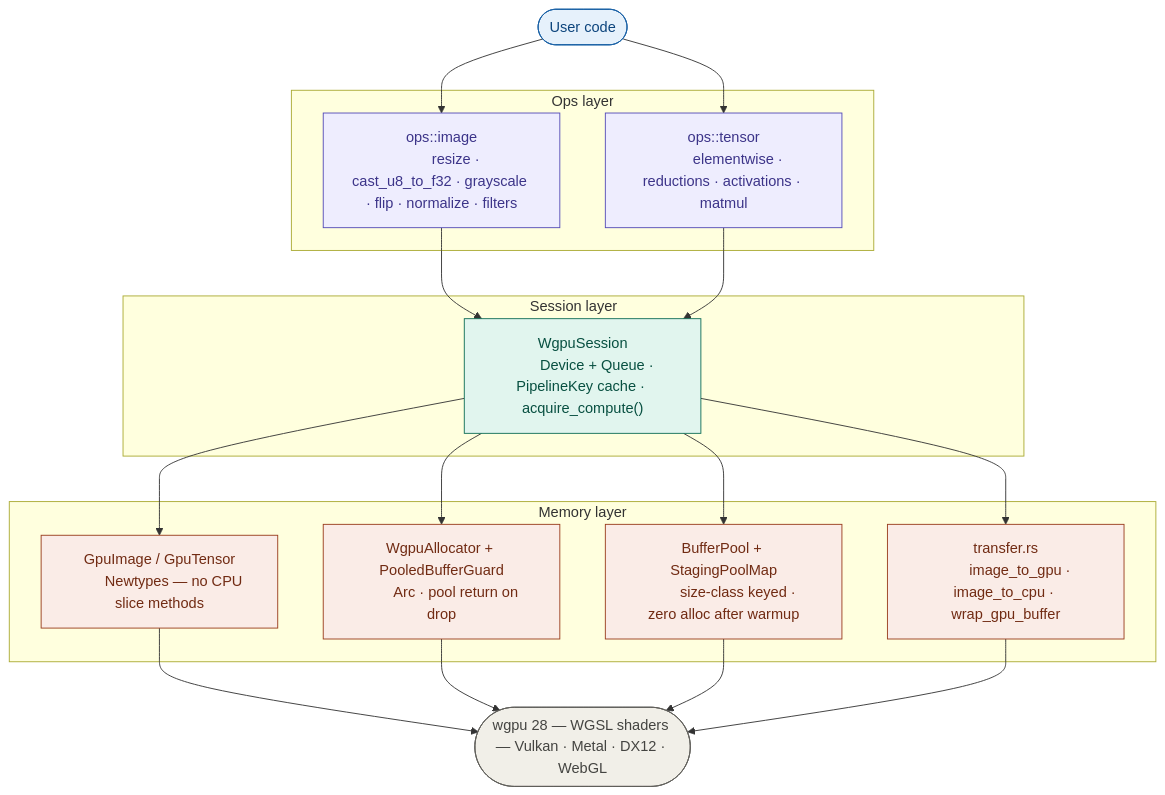
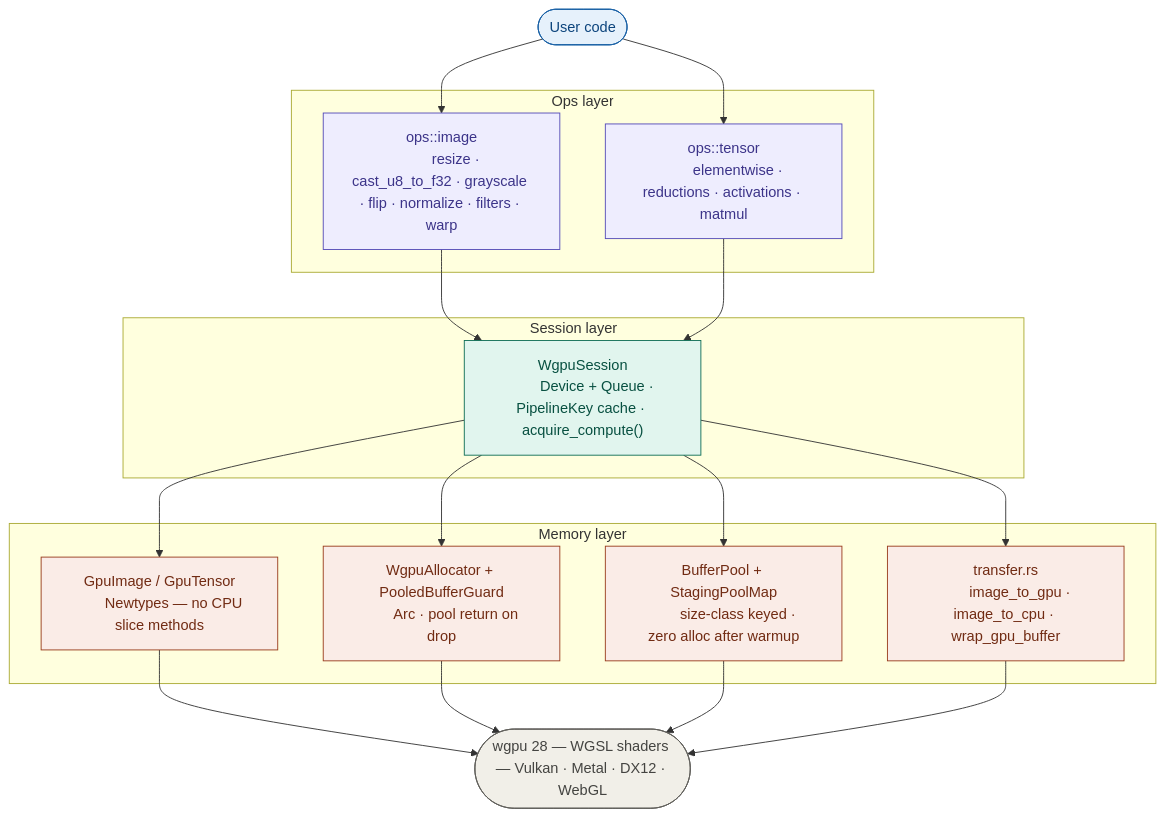
One commit to Nyx128/kornia-rs changed the diagram in crates/kornia-wgpu/README.md. Above: the diagram before and after it, drawn with Mermaid. The commit also changed other lines of this file, not shown here.

````diff
--- a/crates/kornia-wgpu/README.md
+++ b/crates/kornia-wgpu/README.md
@@ -42,40 +44,40 @@
 ```mermaid
 flowchart TB
     U(["User code"]):::user
 
     subgraph OPS["  Ops layer  "]
         OI["ops::image
-        resize · cast_u8_to_f32 · grayscale · flip · normalize · filters"]:::ops
+        resize · cast_u8_to_f32 · grayscale · flip · normalize · filters · warp"]:::ops
         OT["ops::tensor
         elementwise · reductions · activations · matmul"]:::ops
     end
 
     subgraph SES["  Session layer  "]
         S["WgpuSession
         Device + Queue · PipelineKey cache · acquire_compute()"]:::session
     end
 
     subgraph MEM["  Memory layer  "]
         GT["GpuImage / GpuTensor
         Newtypes — no CPU slice methods"]:::memory
         MA["WgpuAllocator + PooledBufferGuard
         Arc<wgpu::Buffer> · pool return on drop"]:::memory
         MP["BufferPool + StagingPoolMap
         size-class keyed · zero alloc after warmup"]:::memory
         MT["transfer.rs
         image_to_gpu · image_to_cpu · wrap_gpu_buffer"]:::memory
     end
 
     W(["wgpu 28 — WGSL shaders — Vulkan · Metal · DX12 · WebGL"]):::wgpu
 
     U --> OI & OT
     OI & OT --> S
     S --> GT & MA & MP & MT
     GT & MA & MP & MT --> W
 
     classDef user    fill:#E6F1FB,stroke:#185FA5,color:#0C447C
     classDef ops     fill:#EEEDFE,stroke:#534AB7,color:#3C3489
     classDef session fill:#E1F5EE,stroke:#0F6E56,color:#085041
     classDef memory  fill:#FAECE7,stroke:#993C1D,color:#712B13
     classDef wgpu    fill:#F1EFE8,stroke:#5F5E5A,color:#444441
 ```
````
